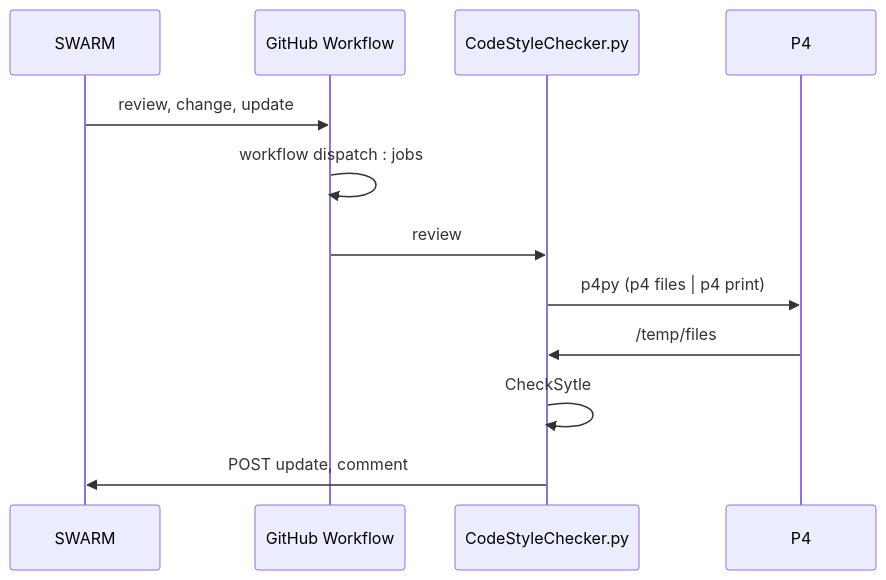
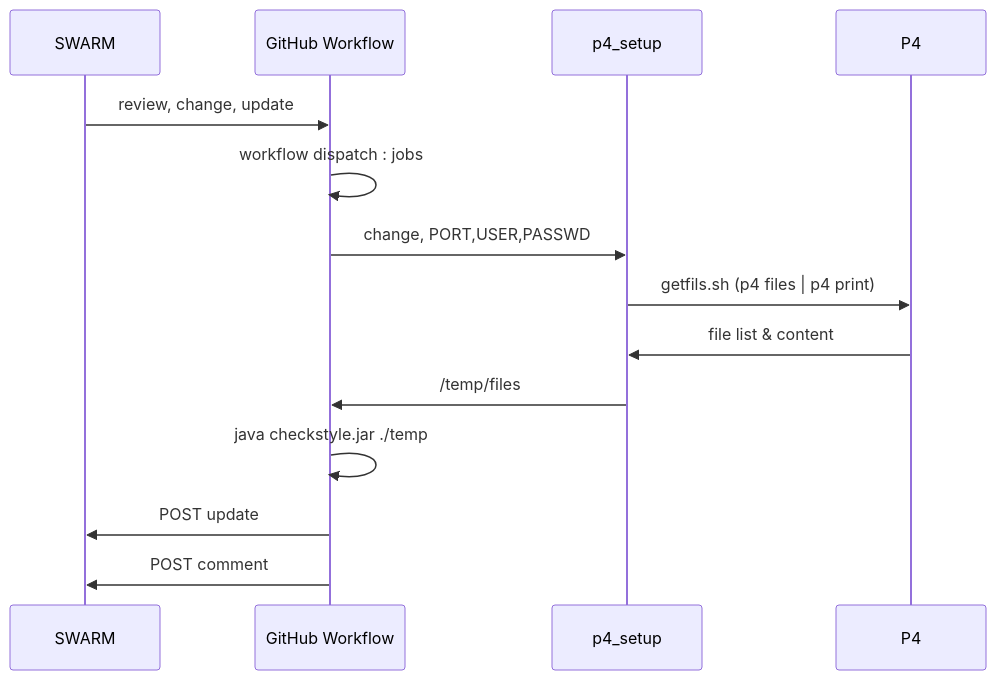
The diagram in readme.md (smjune/smjune.github.io), drawn with Mermaid before and after one commit. The commit also changed other lines of this file, not shown here.

````diff
--- a/readme.md
+++ b/readme.md
@@ -2,14 +2,16 @@
 ```mermaid
 sequenceDiagram
     participant SWARM 
     participant GitHub Workflow
-    participant CodeStyleChecker.py
+    participant p4_setup
     participant P4
     SWARM->>GitHub Workflow: review, change, update
     GitHub Workflow->>GitHub Workflow:workflow dispatch : jobs
-    GitHub Workflow->>CodeStyleChecker.py: review
-    CodeStyleChecker.py->>P4: p4py (p4 files | p4 print)
-    P4->>CodeStyleChecker.py: /temp/files
-    CodeStyleChecker.py->>CodeStyleChecker.py: CheckSytle
-    CodeStyleChecker.py->>SWARM: POST update, comment
+    GitHub Workflow->>p4_setup: change, PORT,USER,PASSWD
+    p4_setup->>P4: getfils.sh (p4 files | p4 print)
+    P4->>p4_setup: file list & content
+    p4_setup->>GitHub Workflow: /temp/files
+    GitHub Workflow->>GitHub Workflow: java checkstyle.jar ./temp 
+    GitHub Workflow->>SWARM: POST update
+    GitHub Workflow->>SWARM: POST comment
 ```
````
